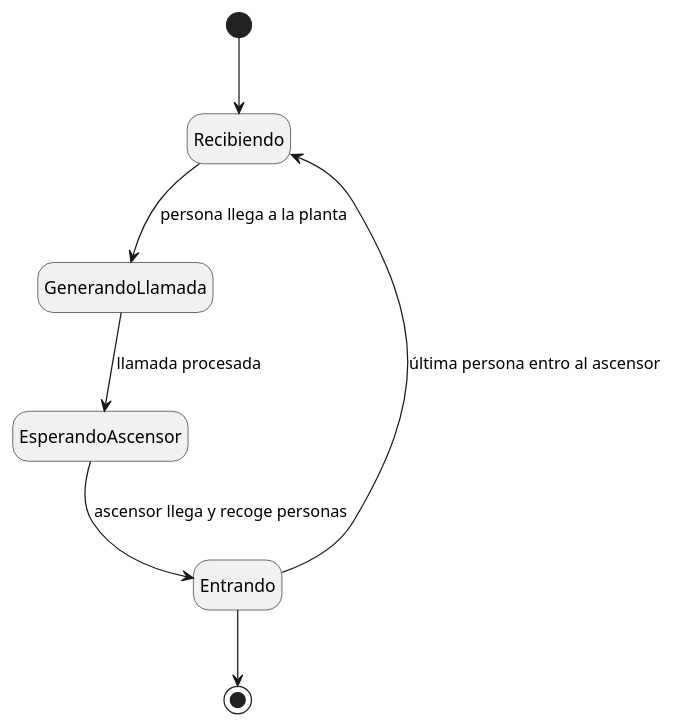
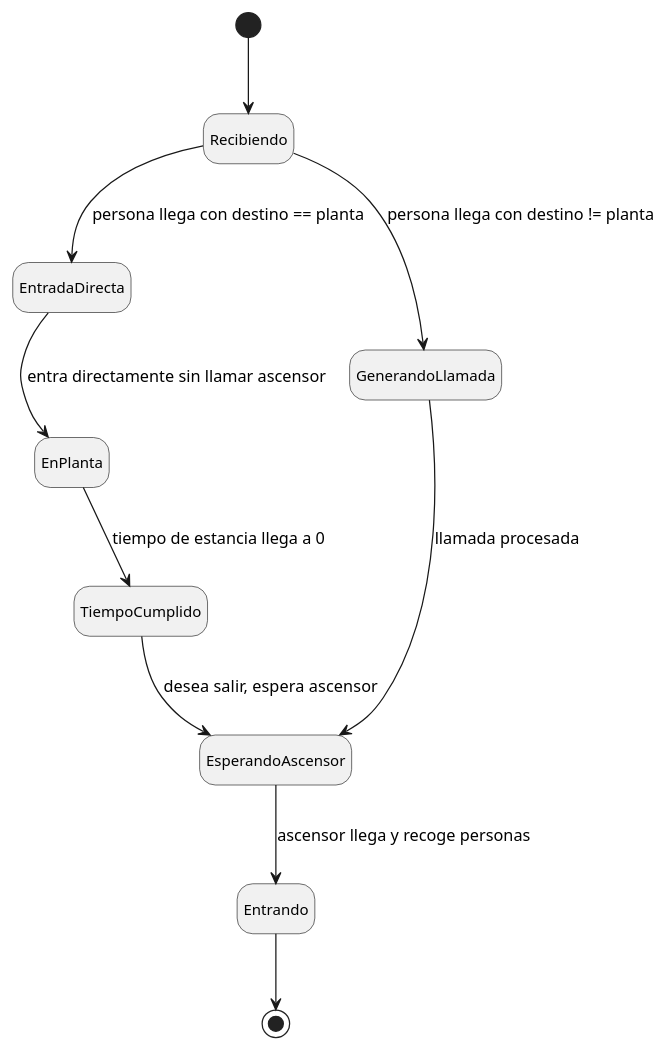
The diagram in modelosUML/MdD/DiagramaEstados/DiagramaEstadosPlanta.puml (celiabecerril/24-25-IdSw2-SDD), drawn with PlantUML before and after one commit. The commit also changed 10 other files, not shown here.

```diff
--- a/modelosUML/MdD/DiagramaEstados/DiagramaEstadosPlanta.puml
+++ b/modelosUML/MdD/DiagramaEstados/DiagramaEstadosPlanta.puml
@@ -1,13 +1,20 @@
 @startuml
 ' Diagrama de Estados: Planta
 hide empty description
+skinparam stateFontSize 12
 
 [*] --> Recibiendo
 
-Recibiendo --> GenerandoLlamada : persona llega a la planta
+Recibiendo --> EntradaDirecta : persona llega con destino == planta
+Recibiendo --> GenerandoLlamada : persona llega con destino != planta
+
+EntradaDirecta --> EnPlanta : entra directamente sin llamar ascensor
+
 GenerandoLlamada --> EsperandoAscensor : llamada procesada
 EsperandoAscensor --> Entrando : ascensor llega y recoge personas
-Entrando --> Recibiendo : última persona entro al ascensor
-Entrando -->  [*]
+Entrando --> [*]
+
+EnPlanta --> TiempoCumplido : tiempo de estancia llega a 0
+TiempoCumplido --> EsperandoAscensor : desea salir, espera ascensor
 
 @enduml
```
